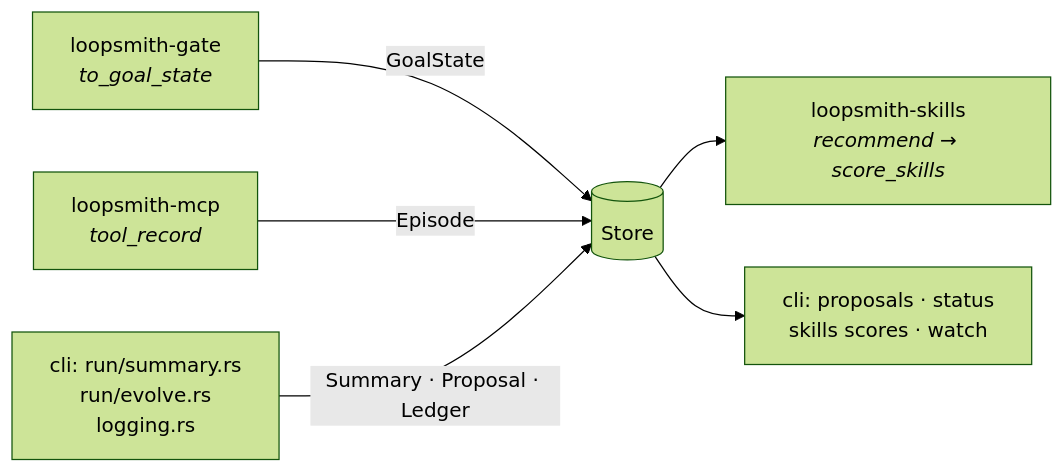
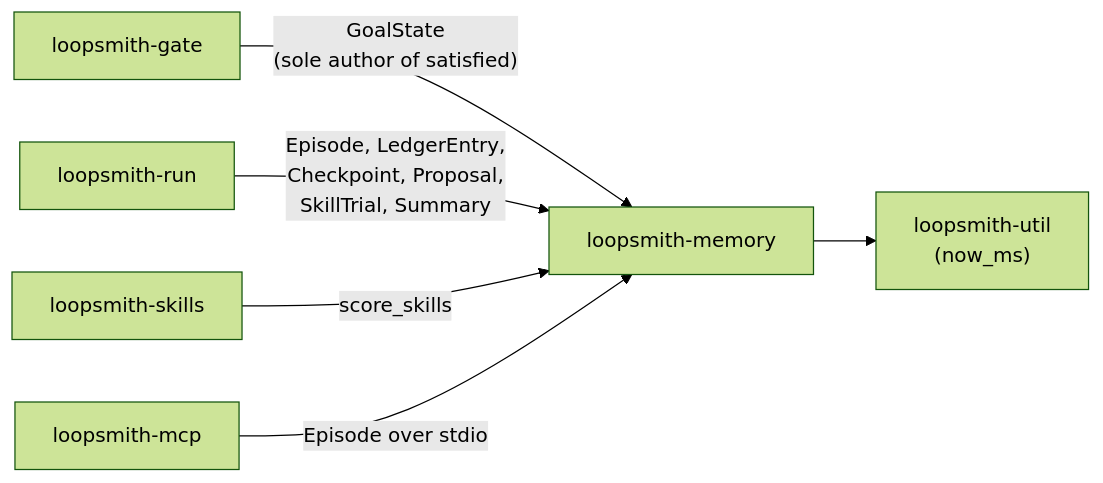
One commit to bitphill/loopsmith changed the second of 2 diagrams in wiki/memory-episode-store.md. Above: the diagram before and after it, drawn with Mermaid (forest theme). The commit also changed other lines of this file and 30 other files, not shown here.

````diff
--- a/wiki/memory-episode-store.md
+++ b/wiki/memory-episode-store.md
@@ -207,8 +144,8 @@
 ```mermaid
-graph LR
-    gate["loopsmith-gate<br/><i>to_goal_state</i>"] -->|GoalState| M[(Store)]
-    mcp["loopsmith-mcp<br/><i>tool_record</i>"] -->|Episode| M
-    run["cli: run/summary.rs<br/>run/evolve.rs<br/>logging.rs"] -->|Summary · Proposal · Ledger| M
-    M --> skills["loopsmith-skills<br/><i>recommend → score_skills</i>"]
-    M --> cli["cli: proposals · status<br/>skills scores · watch"]
+flowchart LR
+    G["loopsmith-gate"] -->|"GoalState<br/>(sole author of satisfied)"| M["loopsmith-memory"]
+    R["loopsmith-run"] -->|"Episode, LedgerEntry,<br/>Checkpoint, Proposal,<br/>SkillTrial, Summary"| M
+    S["loopsmith-skills"] -->|"score_skills"| M
+    MC["loopsmith-mcp"] -->|"Episode over stdio"| M
+    M --> U["loopsmith-util<br/>(now_ms)"]
 ```
````
